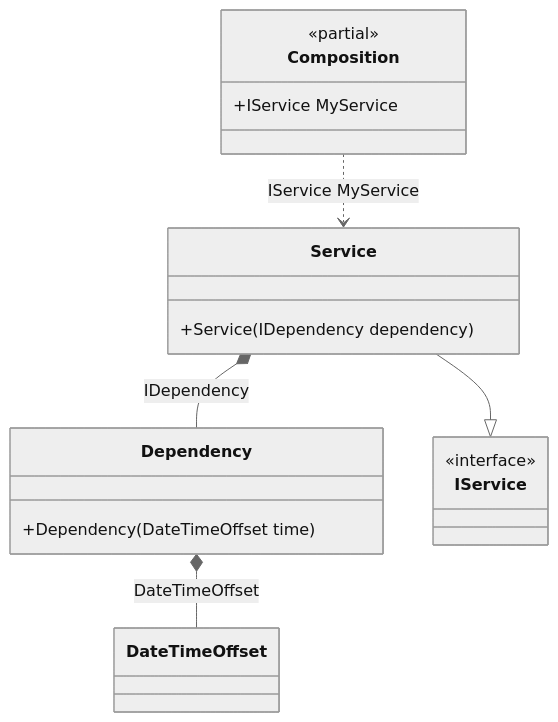
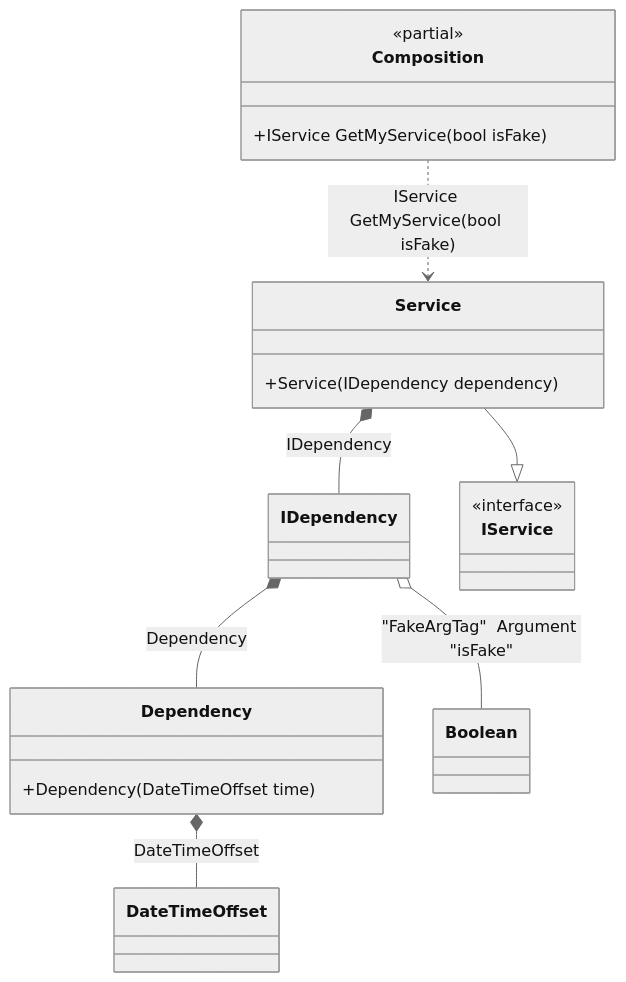
The diagram in readme/factory.md (DevTeam/Pure.DI), drawn with Mermaid (neutral theme) before and after one commit. The commit also changed other lines of this file and 17 other files, not shown here.

````diff
--- a/readme/factory.md
+++ b/readme/factory.md
@@ -111,21 +135,25 @@
 ```mermaid
 classDiagram
 	class Composition {
 		<<partial>>
-		+IService MyService
+		+IService GetMyService(bool isFake)
 	}
 	class Dependency {
 		+Dependency(DateTimeOffset time)
 	}
 	class DateTimeOffset
+	class Boolean
+	class IDependency
 	Service --|> IService
 	class Service {
 		+Service(IDependency dependency)
 	}
 	class IService {
 		<<interface>>
 	}
 	Dependency *--  DateTimeOffset : DateTimeOffset
-	Composition ..> Service : IService MyService
-	Service *--  Dependency : IDependency
+	Composition ..> Service : IService GetMyService(bool isFake)
+	IDependency o-- Boolean : "FakeArgTag"  Argument "isFake"
+	IDependency *--  Dependency : Dependency
+	Service *--  IDependency : IDependency
 ```
````
